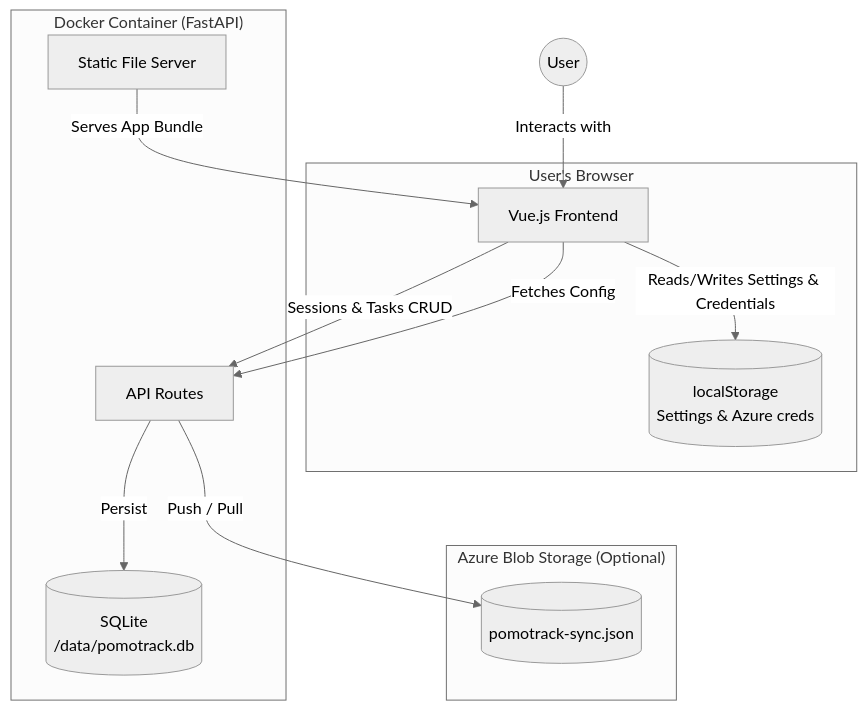
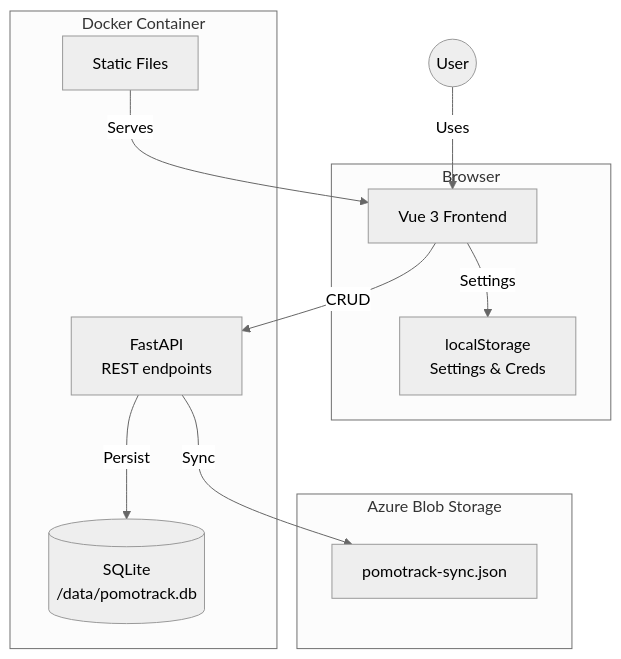
Before and after one commit to anderskeis/pomotrack: the first of 2 diagrams in README.md, drawn with Mermaid (neutral theme). The commit also changed other lines of this file and 7 other files, not shown here.

First line of the commit message:
feat(sync): implement pull confirmation modal and enhance sync behavior

````diff
--- a/README.md
+++ b/README.md
@@ -108,29 +85,26 @@
 ```mermaid
 graph TD
     User((User))
-
-    subgraph Browser ["User's Browser"]
-        VueApp[Vue.js Frontend]
-        LocalStorage[(localStorage\nSettings & Azure creds)]
+    
+    subgraph Browser[Browser]
+        Vue[Vue 3 Frontend]
+        LS[localStorage<br>Settings & Creds]
     end
-
-    subgraph Container ["Docker Container (FastAPI)"]
-        API[API Routes]
-        Static[Static File Server]
-        SQLite[(SQLite\n/data/pomotrack.db)]
+    
+    subgraph Container[Docker Container]
+        API[FastAPI<br>REST endpoints]
+        Static[Static Files]
+        DB[(SQLite<br>/data/pomotrack.db)]
     end
-
-    subgraph Cloud ["Azure Blob Storage (Optional)"]
-        Blob[(pomotrack-sync.json)]
+    
+    subgraph Azure[Azure Blob Storage]
+        Blob[pomotrack-sync.json]
     end
-
-    User -->|Interacts with| VueApp
-
-    VueApp -->|Reads/Writes Settings & Credentials| LocalStorage
-    VueApp -->|Sessions & Tasks CRUD| API
-    VueApp -->|Fetches Config| API
-    API -->|Persist| SQLite
-    API -->|Push / Pull| Blob
-
-    Static -->|Serves App Bundle| VueApp
+    
+    User -->|Uses| Vue
+    Vue -->|Settings| LS
+    Vue -->|CRUD| API
+    API -->|Persist| DB
+    API -->|Sync| Blob
+    Static -->|Serves| Vue
 ```
````
